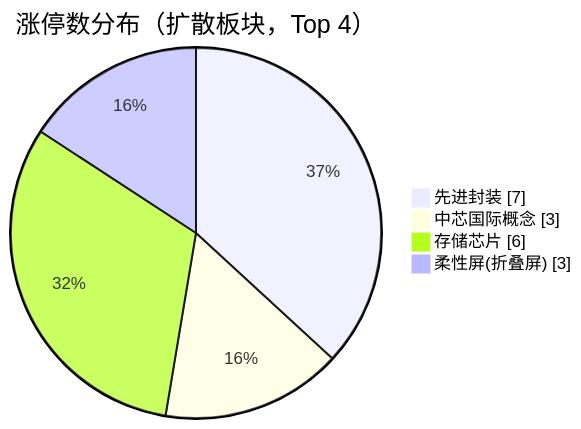
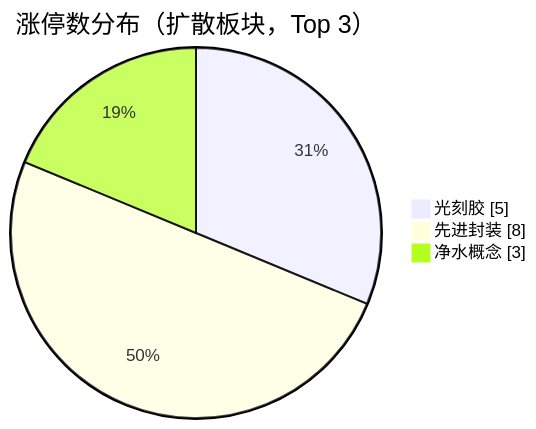
Before and after one commit to chenyang1999/chzl-kg: the first of 3 diagrams in content/投研交易/盘中分析/20261119.md, drawn with Mermaid. The commit also changed other lines of this file, not shown here.

````diff
--- a/content/投研交易/盘中分析/20261119.md
+++ b/content/投研交易/盘中分析/20261119.md
@@ -30,8 +30,7 @@
 ```mermaid
 pie showData
-    title 涨停数分布（扩散板块，Top 4）
-    "先进封装" : 7
-    "中芯国际概念" : 3
-    "存储芯片" : 6
-    "柔性屏(折叠屏)" : 3
+    title 涨停数分布（扩散板块，Top 3）
+    "光刻胶" : 5
+    "先进封装" : 8
+    "净水概念" : 3
 ```
````
